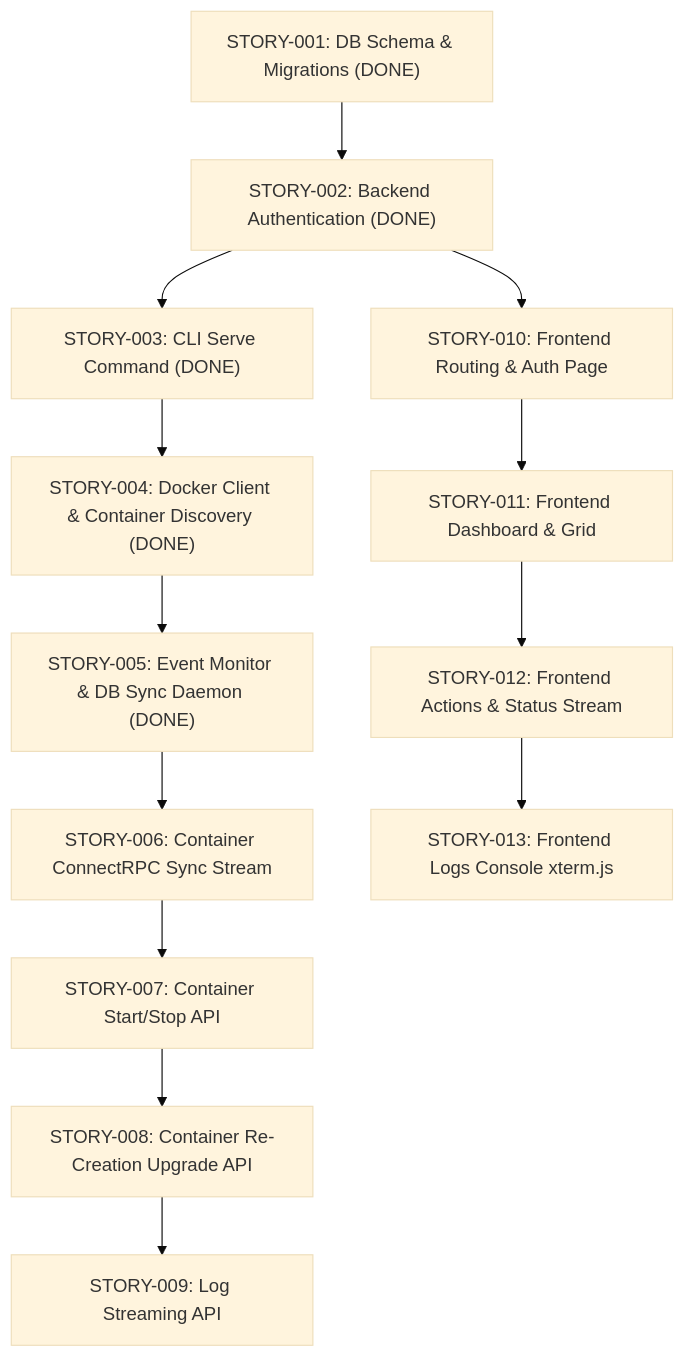
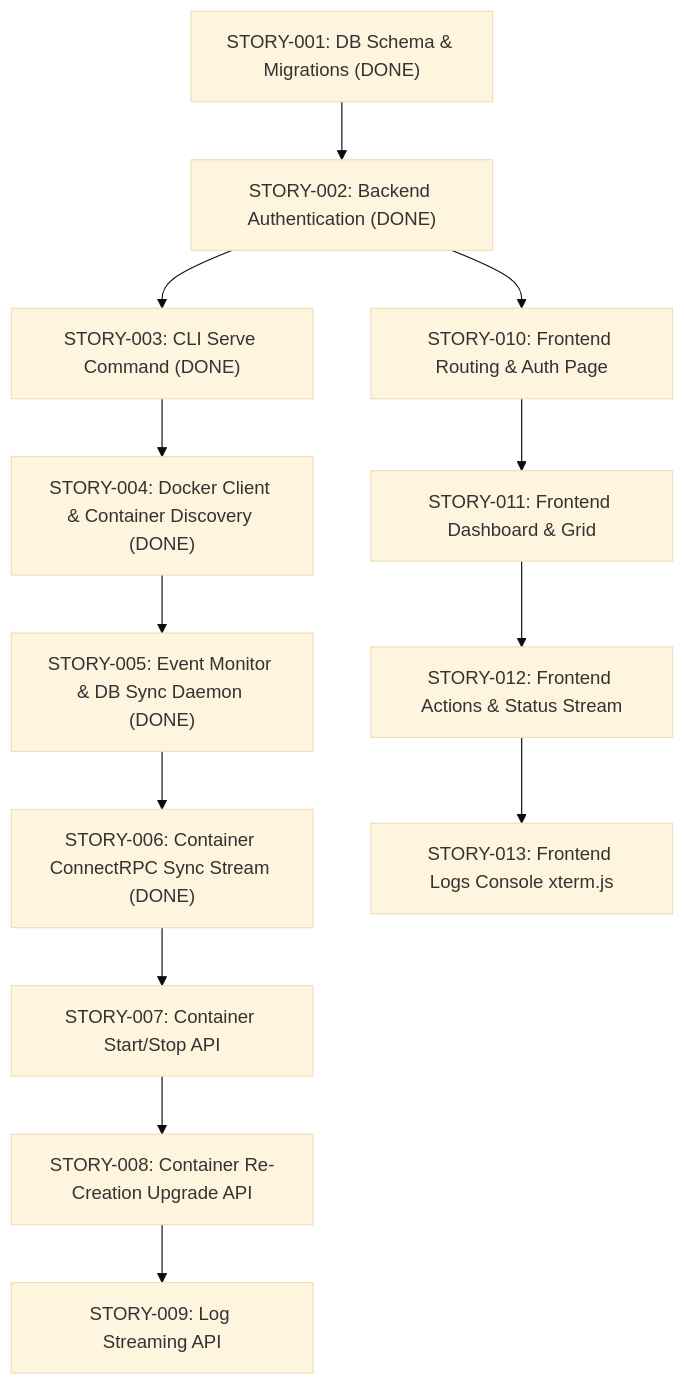
The diagram in docs/stories.md (noosxe/dmanager), drawn with Mermaid (base theme) before and after one commit. The commit also changed other lines of this file and 13 other files, not shown here.

First line of the commit message:
feat: implement container connectrpc sync stream (STORY-006) (#19)

````diff
--- a/docs/stories.md
+++ b/docs/stories.md
@@ -5,15 +5,15 @@
 ```mermaid
 graph TD
     S1["STORY-001: DB Schema & Migrations (DONE)"] --> S2["STORY-002: Backend Authentication (DONE)"]
     S2 --> S3["STORY-003: CLI Serve Command (DONE)"]
     S3 --> S4["STORY-004: Docker Client & Container Discovery (DONE)"]
     S4 --> S5["STORY-005: Event Monitor & DB Sync Daemon (DONE)"]
-    S5 --> S6[STORY-006: Container ConnectRPC Sync Stream]
+    S5 --> S6["STORY-006: Container ConnectRPC Sync Stream (DONE)"]
     S6 --> S7[STORY-007: Container Start/Stop API]
     S7 --> S8[STORY-008: Container Re-Creation Upgrade API]
     S8 --> S9[STORY-009: Log Streaming API]
     S2 --> F1[STORY-010: Frontend Routing & Auth Page]
     F1 --> F2[STORY-011: Frontend Dashboard & Grid]
     F2 --> F3[STORY-012: Frontend Actions & Status Stream]
     F3 --> F4[STORY-013: Frontend Logs Console xterm.js]
 ```
````
